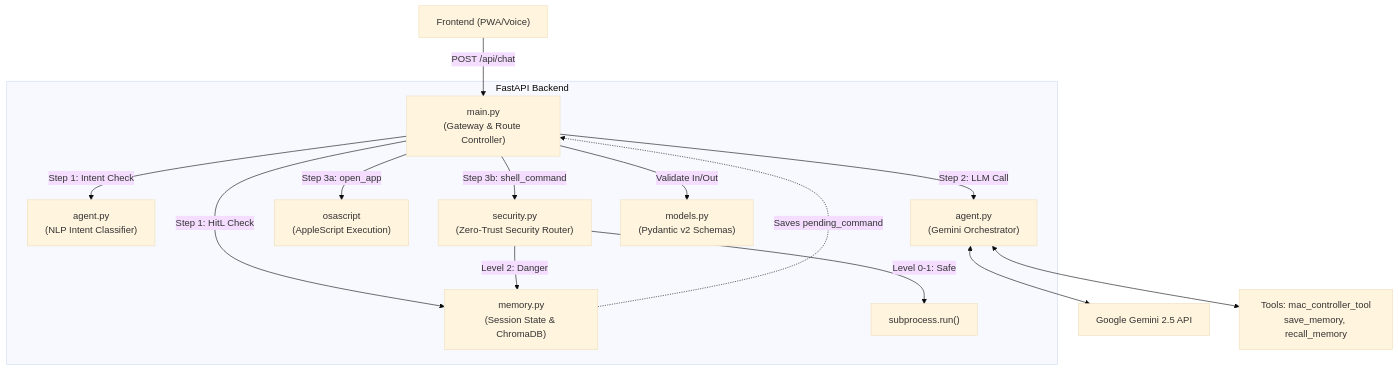
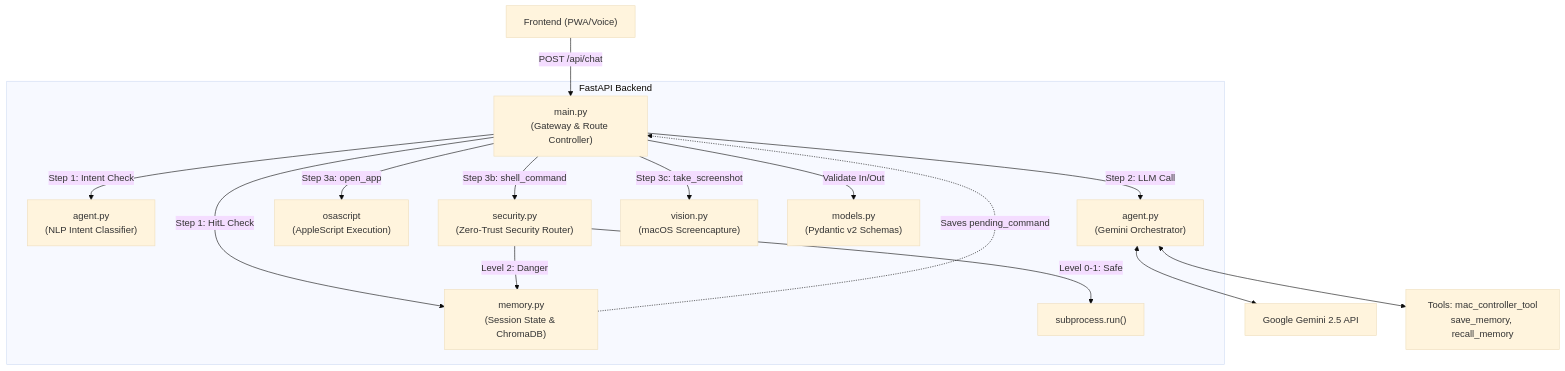
Before and after one commit to SajanthChandrakumar/gassi-jarvis: the diagram in architecture.md, drawn with Mermaid (base theme). The commit also changed other lines of this file and 8 other files, not shown here.

````diff
--- a/architecture.md
+++ b/architecture.md
@@ -7,22 +7,23 @@
 ```mermaid
 graph TD
     CLIENT["Frontend (PWA/Voice)"] -->|POST /api/chat| MAIN["main.py<br/>(Gateway & Route Controller)"]
     
     subgraph FastAPI Backend
         MAIN -->|Step 1: HitL Check| MEMORY["memory.py<br/>(Session State & ChromaDB)"]
         MAIN -->|Step 1: Intent Check| AGENT_NLP["agent.py<br/>(NLP Intent Classifier)"]
         MAIN -->|Step 2: LLM Call| AGENT_LLM["agent.py<br/>(Gemini Orchestrator)"]
         
         MAIN -->|Step 3a: open_app| OSASCRIPT["osascript<br/>(AppleScript Execution)"]
         MAIN -->|Step 3b: shell_command| SECURITY["security.py<br/>(Zero-Trust Security Router)"]
+        MAIN -->|Step 3c: take_screenshot| VISION["vision.py<br/>(macOS Screencapture)"]
         
         SECURITY -->|Level 0-1: Safe| EXEC["subprocess.run()"]
         SECURITY -->|Level 2: Danger| MEMORY
         MEMORY -.->|Saves pending_command| MAIN
         
         MAIN -->|Validate In/Out| MODELS["models.py<br/>(Pydantic v2 Schemas)"]
     end
     
     AGENT_LLM <--> GEMINI["Google Gemini 2.5 API"]
     AGENT_LLM <--> TOOLS["Tools: mac_controller_tool<br/>save_memory, recall_memory"]
 ```
````
